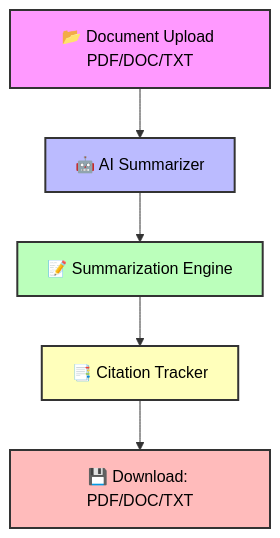
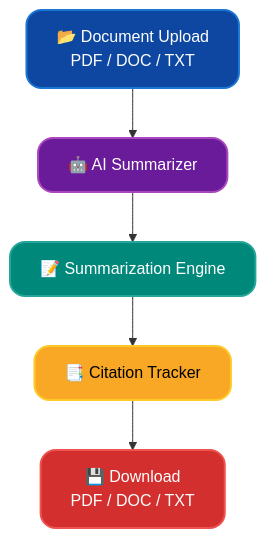
The diagram in README.md (manishpatil55/smart-summarizer), drawn with Mermaid before and after one commit. The commit also changed other lines of this file, not shown here.

````diff
--- a/README.md
+++ b/README.md
@@ -47,14 +48,14 @@
 ```mermaid
 flowchart TD
-    style A fill:#f9f,stroke:#333,stroke-width:2px,color:#000
-    style B fill:#bbf,stroke:#333,stroke-width:2px,color:#000
-    style C fill:#bfb,stroke:#333,stroke-width:2px,color:#000
-    style D fill:#ffb,stroke:#333,stroke-width:2px,color:#000
-    style E fill:#fbb,stroke:#333,stroke-width:2px,color:#000
+    style A fill:#0D47A1,stroke:#1976D2,stroke-width:2px,color:#ffffff,rx:15,ry:15,font-size:16px
+    style B fill:#6A1B9A,stroke:#AB47BC,stroke-width:2px,color:#ffffff,rx:15,ry:15,font-size:16px
+    style C fill:#00897B,stroke:#26A69A,stroke-width:2px,color:#ffffff,rx:15,ry:15,font-size:16px
+    style D fill:#F9A825,stroke:#FFCA28,stroke-width:2px,color:#000000,rx:15,ry:15,font-size:16px
+    style E fill:#D32F2F,stroke:#EF5350,stroke-width:2px,color:#ffffff,rx:15,ry:15,font-size:16px
 
-    A[📂 Document Upload PDF/DOC/TXT] --> B[🤖 AI Summarizer]
+    A[📂 Document Upload<br>PDF / DOC / TXT] --> B[🤖 AI Summarizer]
     B --> C[📝 Summarization Engine]
     C --> D[📑 Citation Tracker]
-    D --> E[💾 Download: PDF/DOC/TXT]
+    D --> E[💾 Download<br>PDF / DOC / TXT]
 
 ```
````
